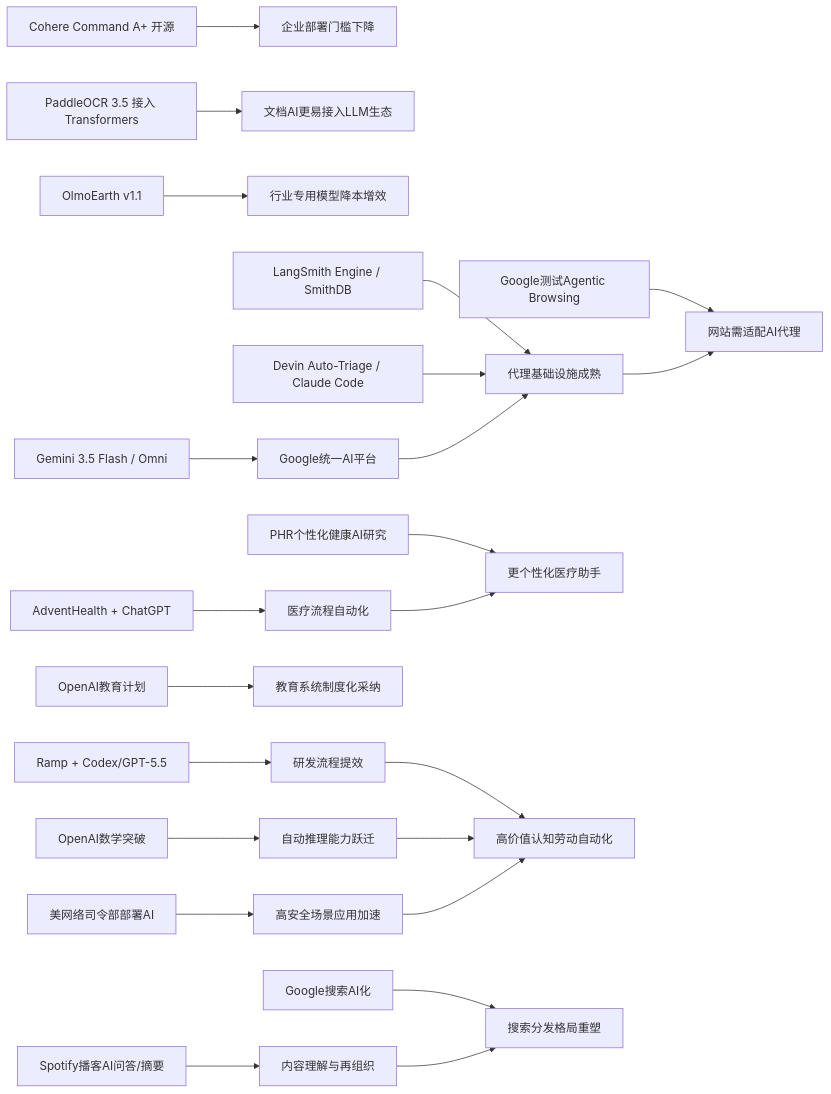
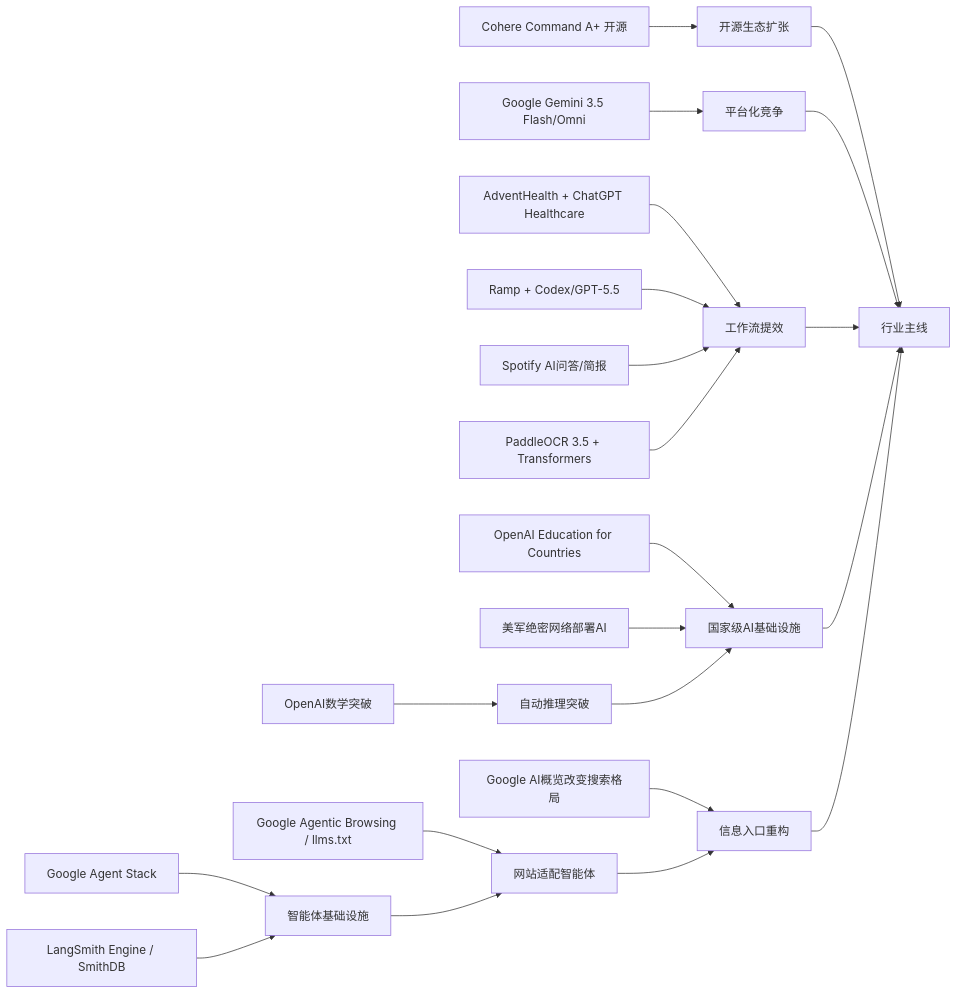
One commit to zhuxinfei/ai-daily-site changed the diagram in content/cn/2026/2026-05/2026-05-22.md. Above: the diagram before and after it, drawn with Mermaid. The commit also changed other lines of this file, not shown here.

````diff
--- a/content/cn/2026/2026-05/2026-05-22.md
+++ b/content/cn/2026/2026-05/2026-05-22.md
@@ -110,29 +110,28 @@
 ```mermaid
 graph LR
-    A[Cohere Command A+ 开源] --> B[企业部署门槛下降]
-    C[PaddleOCR 3.5 接入 Transformers] --> D[文档AI更易接入LLM生态]
-    E[OlmoEarth v1.1] --> F[行业专用模型降本增效]
+    Cohere[Cohere Command A+ 开源] --> Ecosystem[开源生态扩张]
+    GoogleModel[Google Gemini 3.5 Flash/Omni] --> Platform[平台化竞争]
+    GoogleAgent[Google Agent Stack] --> AgentInfra[智能体基础设施]
+    LangSmith[LangSmith Engine / SmithDB] --> AgentInfra
+    GoogleBrowse[Google Agentic Browsing / llms.txt] --> WebAdapt[网站适配智能体]
+    AgentInfra --> WebAdapt
 
-    G[LangSmith Engine / SmithDB] --> H[代理基础设施成熟]
-    I[Devin Auto-Triage / Claude Code] --> H
-    J[Gemini 3.5 Flash / Omni] --> K[Google统一AI平台]
-    K --> H
-    L[Google测试Agentic Browsing] --> M[网站需适配AI代理]
-    H --> M
+    AdventHealth[AdventHealth + ChatGPT Healthcare] --> WorkflowAI[工作流提效]
+    Ramp[Ramp + Codex/GPT-5.5] --> WorkflowAI
+    Spotify[Spotify AI问答/简报] --> WorkflowAI
+    PaddleOCR[PaddleOCR 3.5 + Transformers] --> WorkflowAI
 
-    N[AdventHealth + ChatGPT] --> O[医疗流程自动化]
-    P[PHR个性化健康AI研究] --> Q[更个性化医疗助手]
-    O --> Q
-    R[OpenAI教育计划] --> S[教育系统制度化采纳]
+    OpenAIMath[OpenAI数学突破] --> Reasoning[自动推理突破]
+    Education[OpenAI Education for Countries] --> SovereignAI[国家级AI基础设施]
+    CyberCommand[美军绝密网络部署AI] --> SovereignAI
+    Reasoning --> SovereignAI
 
-    T[Ramp + Codex/GPT-5.5] --> U[研发流程提效]
-    V[OpenAI数学突破] --> W[自动推理能力跃迁]
-    X[美网络司令部部署AI] --> Y[高安全场景应用加速]
-    U --> Z[高价值认知劳动自动化]
-    W --> Z
-    Y --> Z
+    SearchAI[Google AI概览改变搜索格局] --> TrafficShift[信息入口重构]
+    WebAdapt --> TrafficShift
 
-    AA[Spotify播客AI问答/摘要] --> AB[内容理解与再组织]
-    AC[Google搜索AI化] --> AD[搜索分发格局重塑]
-    AB --> AD
+    Ecosystem --> IndustryTrend[行业主线]
+    Platform --> IndustryTrend
+    WorkflowAI --> IndustryTrend
+    SovereignAI --> IndustryTrend
+    TrafficShift --> IndustryTrend
 ```
````
